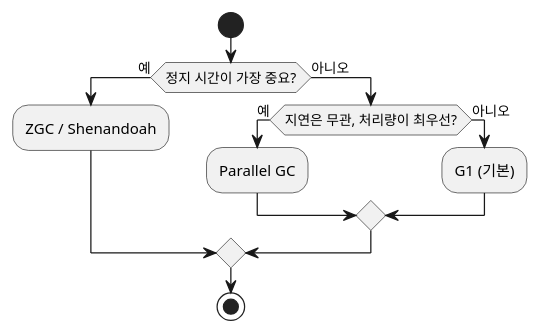
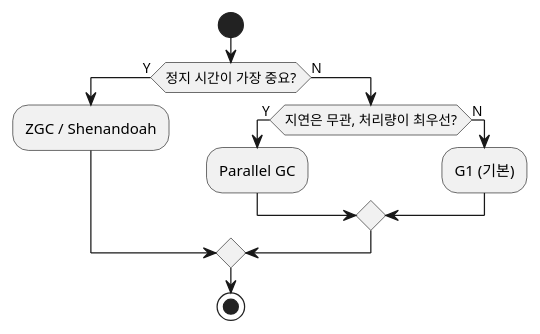
Before and after one commit to johnycho/johny-dev: the tenth of 10 diagrams in blog/2026-08-18-java-gc-types.mdx, drawn with PlantUML. The commit also changed other lines of this file and 70 other files, not shown here.

````diff
--- a/blog/2026-08-18-java-gc-types.mdx
+++ b/blog/2026-08-18-java-gc-types.mdx
@@ -363,15 +363,15 @@
 ```plantuml
 @startuml
 start
-if (정지 시간이 가장 중요?) then (예)
+if (정지 시간이 가장 중요?) then (Y)
   :ZGC / Shenandoah;
-else (아니오)
-  if (지연은 무관, 처리량이 최우선?) then (예)
+else (N)
+  if (지연은 무관, 처리량이 최우선?) then (Y)
     :Parallel GC;
-  else (아니오)
+  else (N)
     :G1 (기본);
   endif
 endif
 stop
 @enduml
 ```
````
